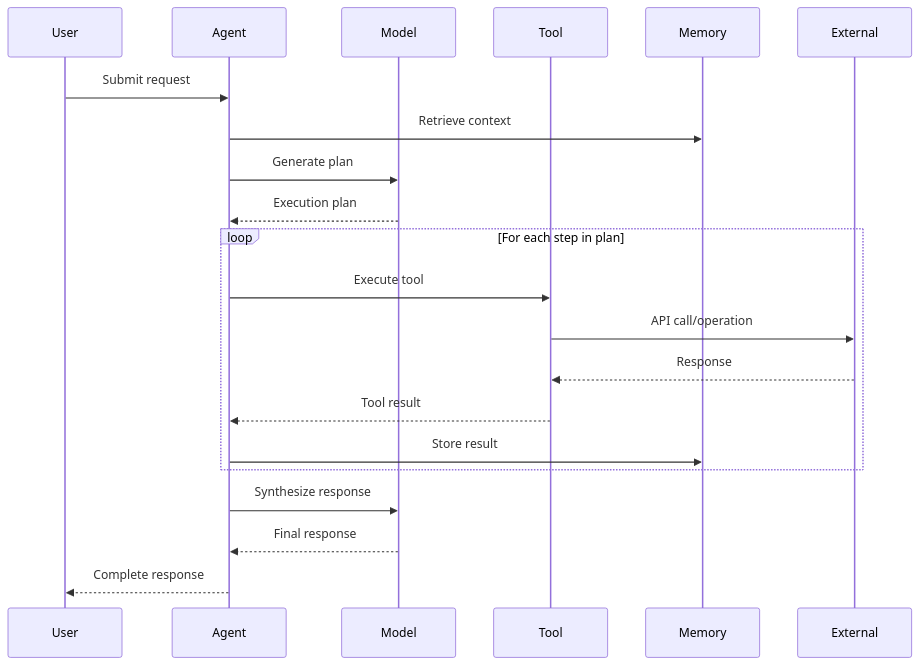
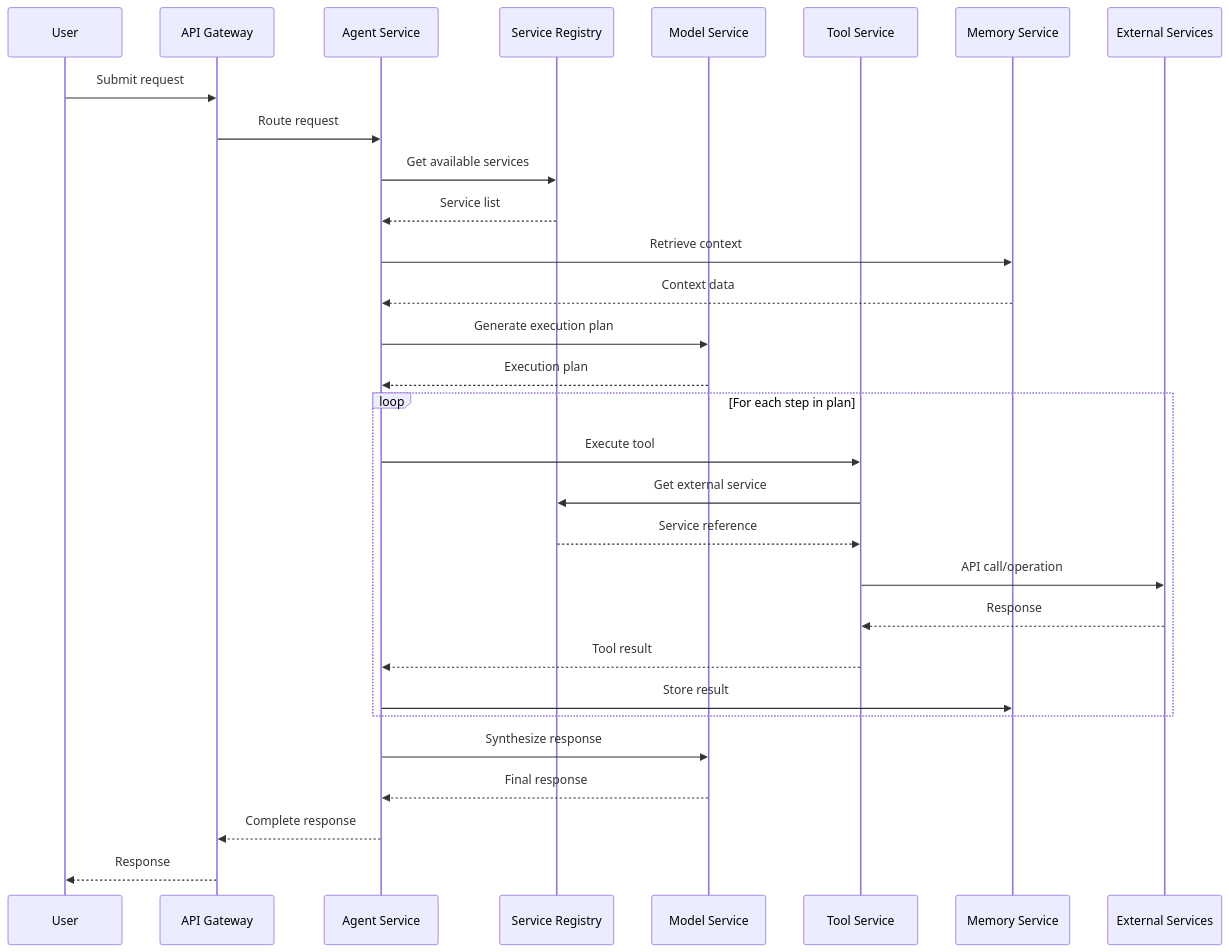
The second of 4 diagrams in ARCHITECTURE.md (google/adk-python), drawn with Mermaid before and after one commit. The commit also changed other lines of this file and 2 other files, not shown here.

First line of the commit message:
feat: Standardize documentation with consistent service-based architecture

````diff
--- a/ARCHITECTURE.md
+++ b/ARCHITECTURE.md
@@ -88,26 +110,36 @@
 ```mermaid
 sequenceDiagram
     participant User
-    participant Agent
-    participant Model
-    participant Tool
-    participant Memory
-    participant External
+    participant API_Gateway as API Gateway
+    participant Agent_Service as Agent Service
+    participant Service_Registry as Service Registry
+    participant Model_Service as Model Service
+    participant Tool_Service as Tool Service
+    participant Memory_Service as Memory Service
+    participant External_Services as External Services
 
-    User->>Agent: Submit request
-    Agent->>Memory: Retrieve context
-    Agent->>Model: Generate plan
-    Model-->>Agent: Execution plan
+    User->>API_Gateway: Submit request
+    API_Gateway->>Agent_Service: Route request
+    Agent_Service->>Service_Registry: Get available services
+    Service_Registry-->>Agent_Service: Service list
+    
+    Agent_Service->>Memory_Service: Retrieve context
+    Memory_Service-->>Agent_Service: Context data
+    Agent_Service->>Model_Service: Generate execution plan
+    Model_Service-->>Agent_Service: Execution plan
     
     loop For each step in plan
-        Agent->>Tool: Execute tool
-        Tool->>External: API call/operation
-        External-->>Tool: Response
-        Tool-->>Agent: Tool result
-        Agent->>Memory: Store result
+        Agent_Service->>Tool_Service: Execute tool
+        Tool_Service->>Service_Registry: Get external service
+        Service_Registry-->>Tool_Service: Service reference
+        Tool_Service->>External_Services: API call/operation
+        External_Services-->>Tool_Service: Response
+        Tool_Service-->>Agent_Service: Tool result
+        Agent_Service->>Memory_Service: Store result
     end
     
-    Agent->>Model: Synthesize response
-    Model-->>Agent: Final response
-    Agent-->>User: Complete response
+    Agent_Service->>Model_Service: Synthesize response
+    Model_Service-->>Agent_Service: Final response
+    Agent_Service-->>API_Gateway: Complete response
+    API_Gateway-->>User: Response
 ```
````
